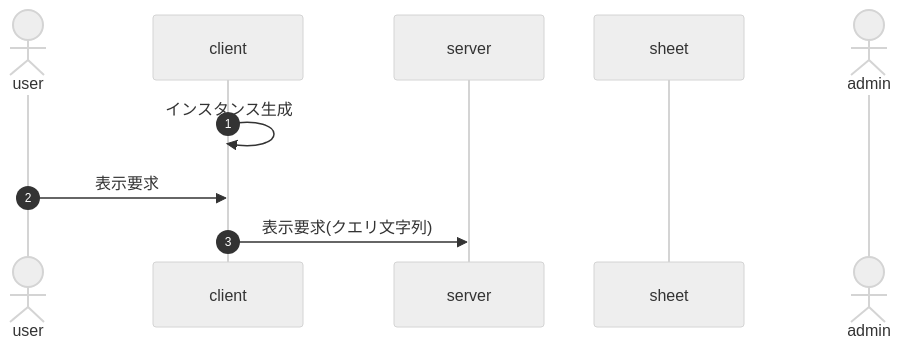
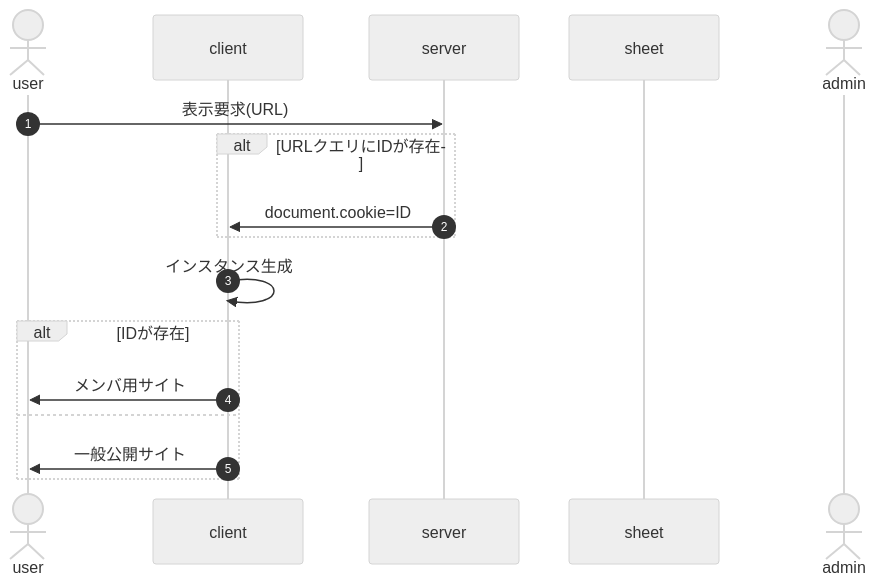
Before and after one commit to nakaone/library: the second of 8 diagrams in Auth/2.0.0/readme.md, drawn with Mermaid (neutral theme). The commit also changed other lines of this file and 7 other files, not shown here.

````diff
--- a/Auth/2.0.0/readme.md
+++ b/Auth/2.0.0/readme.md
@@ -744,13 +885,20 @@
 ```mermaid
 sequenceDiagram
   autonumber
   actor user
   participant client
   participant server
   participant sheet
   actor admin
 
+  user ->> server : 表示要求(URL)
+  alt URLクエリにIDが存在
+    server ->> client : document.cookie=ID
+  end
   client ->> client : インスタンス生成
-  user ->> client : 表示要求
-  client ->> server : 表示要求(クエリ文字列)
+  alt IDが存在
+    client ->> user : メンバ用サイト
+  else
+    client ->> user : 一般公開サイト
+  end
 ```
````
